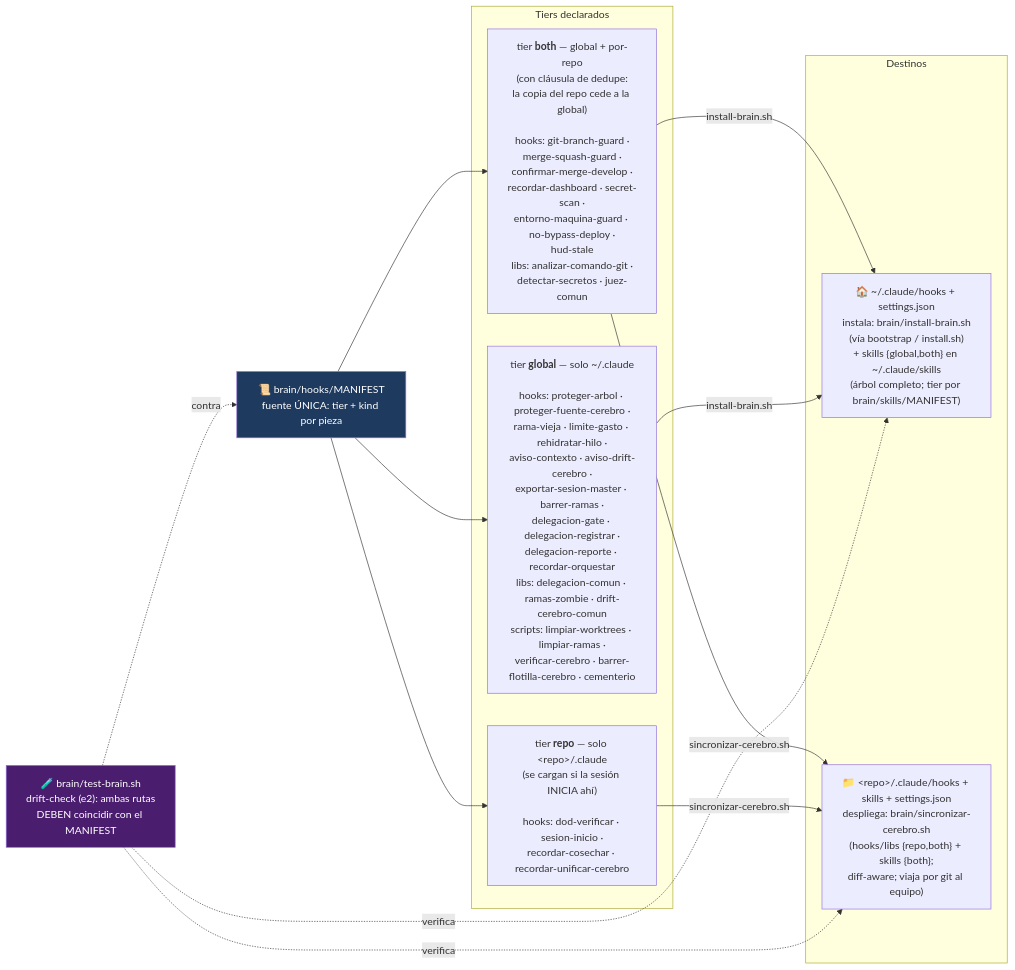
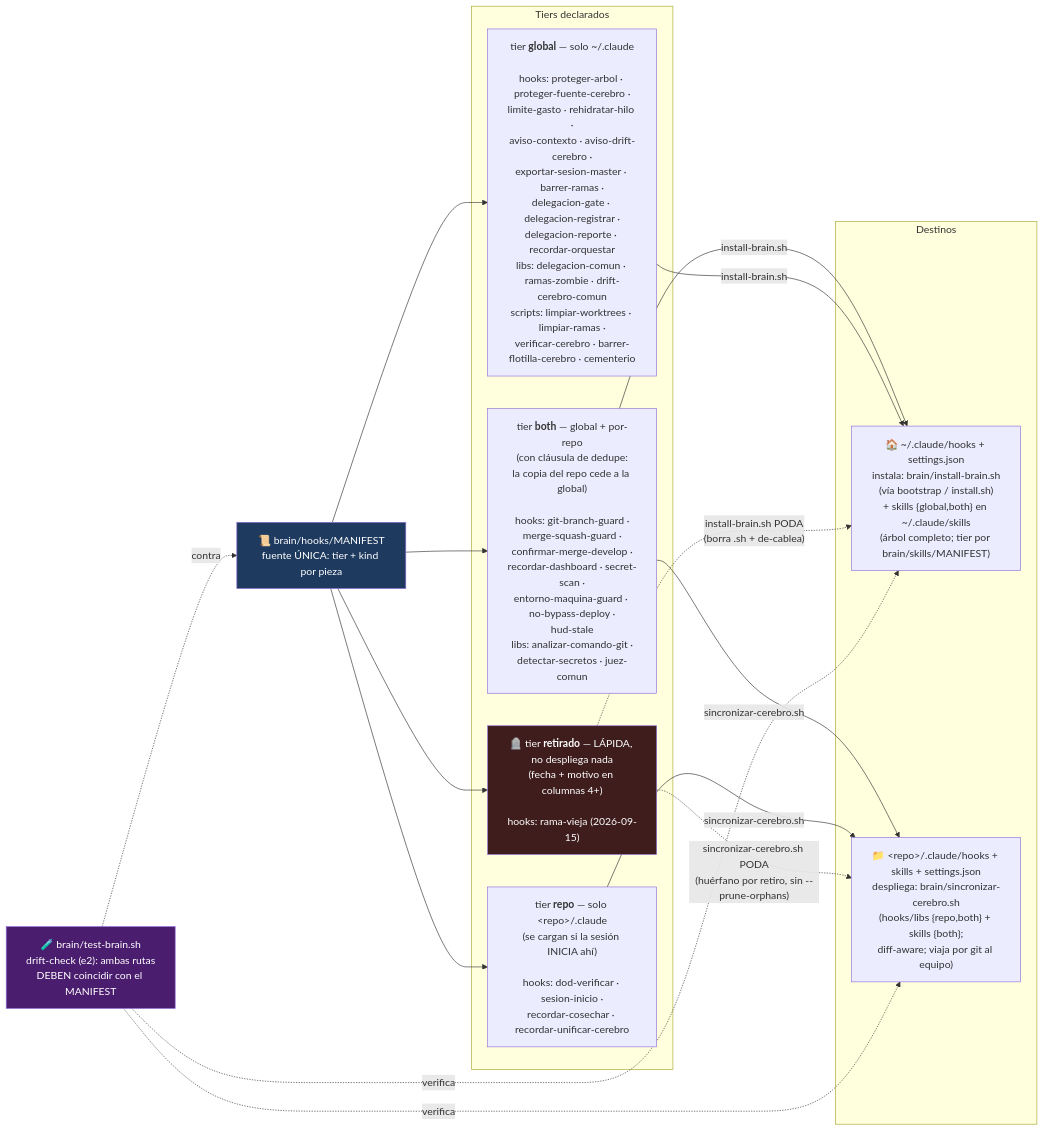
One commit to unjordi/cortex changed the fourth of 4 diagrams in docs/mapa-cerebro.md. Above: the diagram before and after it, drawn with Mermaid. The commit also changed other lines of this file and 3 other files, not shown here.

First line of the commit message:
docs(brain): doc=realidad tras retirar rama-vieja + documenta el tier `retirado`

````diff
--- a/docs/mapa-cerebro.md
+++ b/docs/mapa-cerebro.md
@@ -188,31 +185,36 @@
 ```mermaid
 flowchart LR
     MANIFEST["📜 brain/hooks/MANIFEST<br/>fuente ÚNICA: tier + kind por pieza"]
 
     subgraph tiers["Tiers declarados"]
         BOTH["tier <b>both</b> — global + por-repo<br/>(con cláusula de dedupe:<br/>la copia del repo cede a la global)<br/><br/>hooks: git-branch-guard ·<br/>merge-squash-guard ·<br/>confirmar-merge-develop ·<br/>recordar-dashboard · secret-scan ·<br/>entorno-maquina-guard · no-bypass-deploy ·<br/>hud-stale<br/>libs: analizar-comando-git ·<br/>detectar-secretos · juez-comun"]
-        GLOBAL["tier <b>global</b> — solo ~/.claude<br/><br/>hooks: proteger-arbol · proteger-fuente-cerebro ·<br/>rama-vieja · limite-gasto · rehidratar-hilo ·<br/>aviso-contexto · aviso-drift-cerebro ·<br/>exportar-sesion-master · barrer-ramas ·<br/>delegacion-gate · delegacion-registrar ·<br/>delegacion-reporte · recordar-orquestar<br/>libs: delegacion-comun · ramas-zombie · drift-cerebro-comun<br/>scripts: limpiar-worktrees · limpiar-ramas ·<br/>verificar-cerebro · barrer-flotilla-cerebro · cementerio"]
+        GLOBAL["tier <b>global</b> — solo ~/.claude<br/><br/>hooks: proteger-arbol · proteger-fuente-cerebro ·<br/>limite-gasto · rehidratar-hilo ·<br/>aviso-contexto · aviso-drift-cerebro ·<br/>exportar-sesion-master · barrer-ramas ·<br/>delegacion-gate · delegacion-registrar ·<br/>delegacion-reporte · recordar-orquestar<br/>libs: delegacion-comun · ramas-zombie · drift-cerebro-comun<br/>scripts: limpiar-worktrees · limpiar-ramas ·<br/>verificar-cerebro · barrer-flotilla-cerebro · cementerio"]
         REPO["tier <b>repo</b> — solo &lt;repo&gt;/.claude<br/>(se cargan si la sesión INICIA ahí)<br/><br/>hooks: dod-verificar · sesion-inicio ·<br/>recordar-cosechar · recordar-unificar-cerebro"]
+        RETIRADO["🪦 tier <b>retirado</b> — LÁPIDA, no despliega nada<br/>(fecha + motivo en columnas 4+)<br/><br/>hooks: rama-vieja (2026-09-15)"]
     end
 
     subgraph destinos["Destinos"]
         GDIR["🏠 ~/.claude/hooks + settings.json<br/>instala: brain/install-brain.sh<br/>(vía bootstrap / install.sh)<br/>+ skills {global,both} en ~/.claude/skills<br/>(árbol completo; tier por brain/skills/MANIFEST)"]
         RDIR["📁 &lt;repo&gt;/.claude/hooks + skills + settings.json<br/>despliega: brain/sincronizar-cerebro.sh<br/>(hooks/libs {repo,both} + skills {both};<br/>diff-aware; viaja por git al equipo)"]
     end
 
     TEST["🧪 brain/test-brain.sh<br/>drift-check (e2): ambas rutas<br/>DEBEN coincidir con el MANIFEST"]
 
     MANIFEST --> BOTH
     MANIFEST --> GLOBAL
     MANIFEST --> REPO
+    MANIFEST --> RETIRADO
     BOTH -->|"install-brain.sh"| GDIR
     BOTH -->|"sincronizar-cerebro.sh"| RDIR
     GLOBAL -->|"install-brain.sh"| GDIR
     REPO -->|"sincronizar-cerebro.sh"| RDIR
+    RETIRADO -.->|"install-brain.sh PODA<br/>(borra .sh + de-cablea)"| GDIR
+    RETIRADO -.->|"sincronizar-cerebro.sh PODA<br/>(huérfano por retiro, sin --prune-orphans)"| RDIR
     TEST -.->|verifica| GDIR
     TEST -.->|verifica| RDIR
     TEST -.->|contra| MANIFEST
 
     style MANIFEST fill:#1e3a5f,color:#fff
     style TEST fill:#4a1d6e,color:#fff
+    style RETIRADO fill:#3f1d1d,color:#fff
 ```
````
